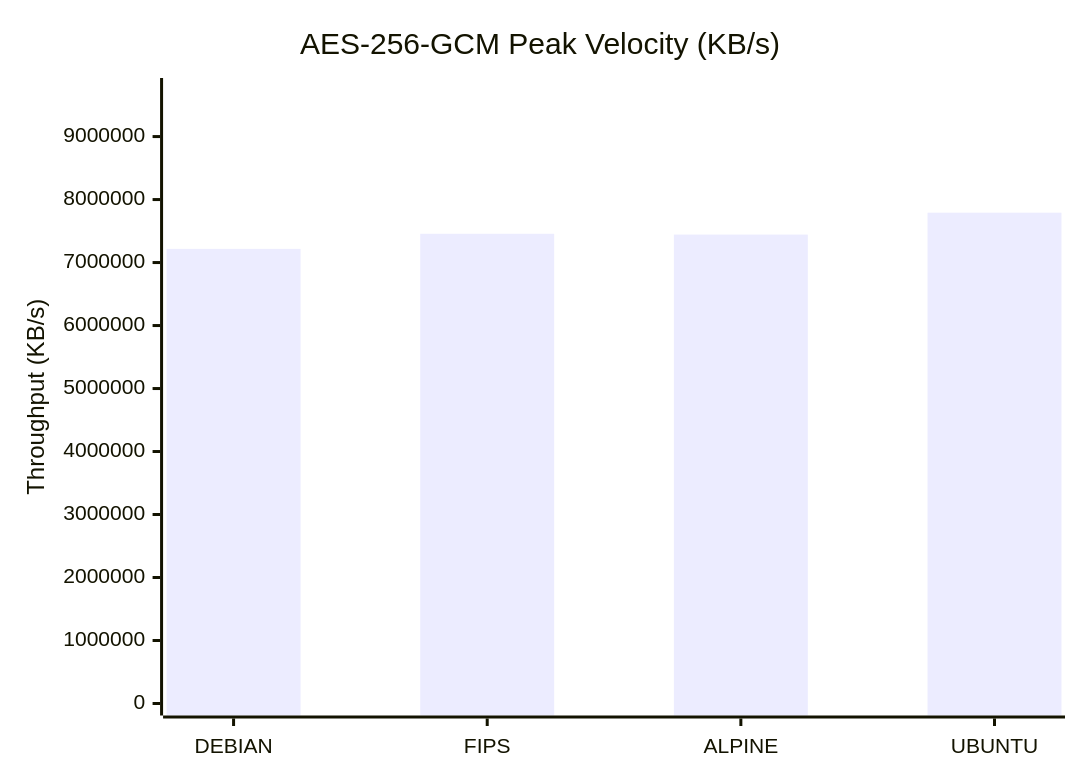
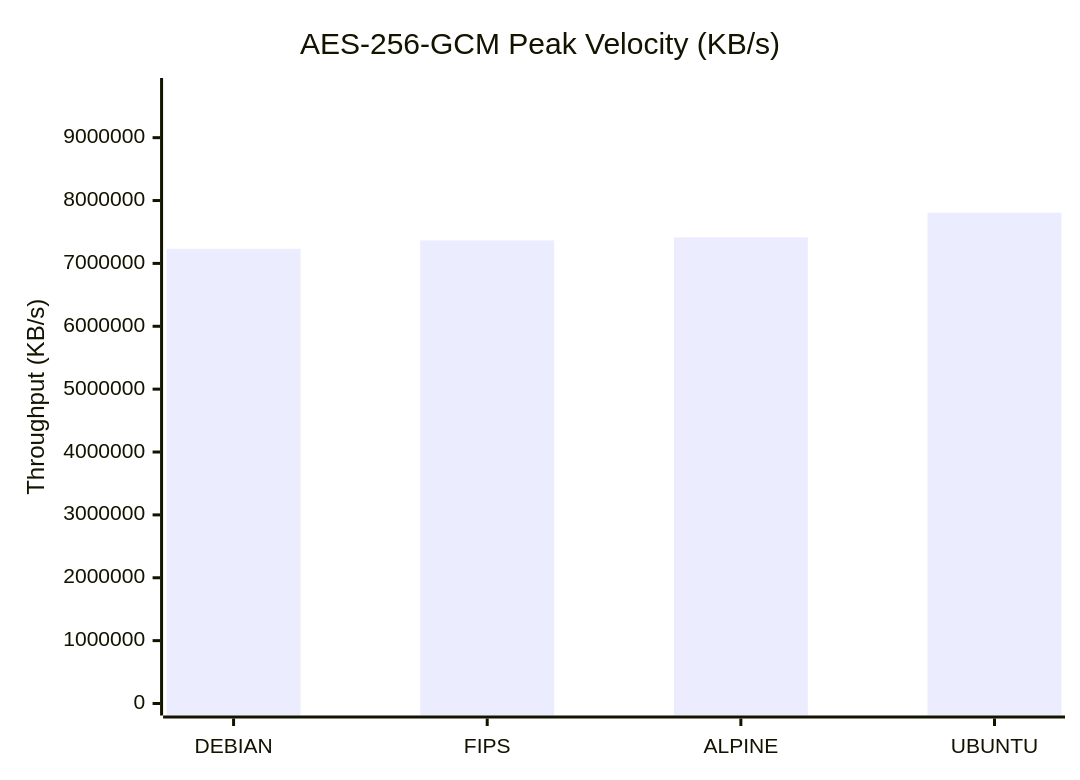
Before and after one commit to taha2samy/openssl_fips: the first of 9 diagrams in docs/Comparison_Report.md, drawn with Mermaid. The commit also changed other lines of this file and 2 other files, not shown here.

````diff
--- a/docs/Comparison_Report.md
+++ b/docs/Comparison_Report.md
@@ -56,7 +56,7 @@
 ```mermaid
 xychart-beta
     title "AES-256-GCM Peak Velocity (KB/s)"
     x-axis [DEBIAN, FIPS, ALPINE, UBUNTU]
-    y-axis "Throughput (KB/s)" 0 --> 9739304
-    bar [7217315.84, 7457103.87, 7443816.45, 7791443.97]
+    y-axis "Throughput (KB/s)" 0 --> 9758146
+    bar [7233503.23, 7366623.23, 7415734.27, 7806517.25]
 ```
````
